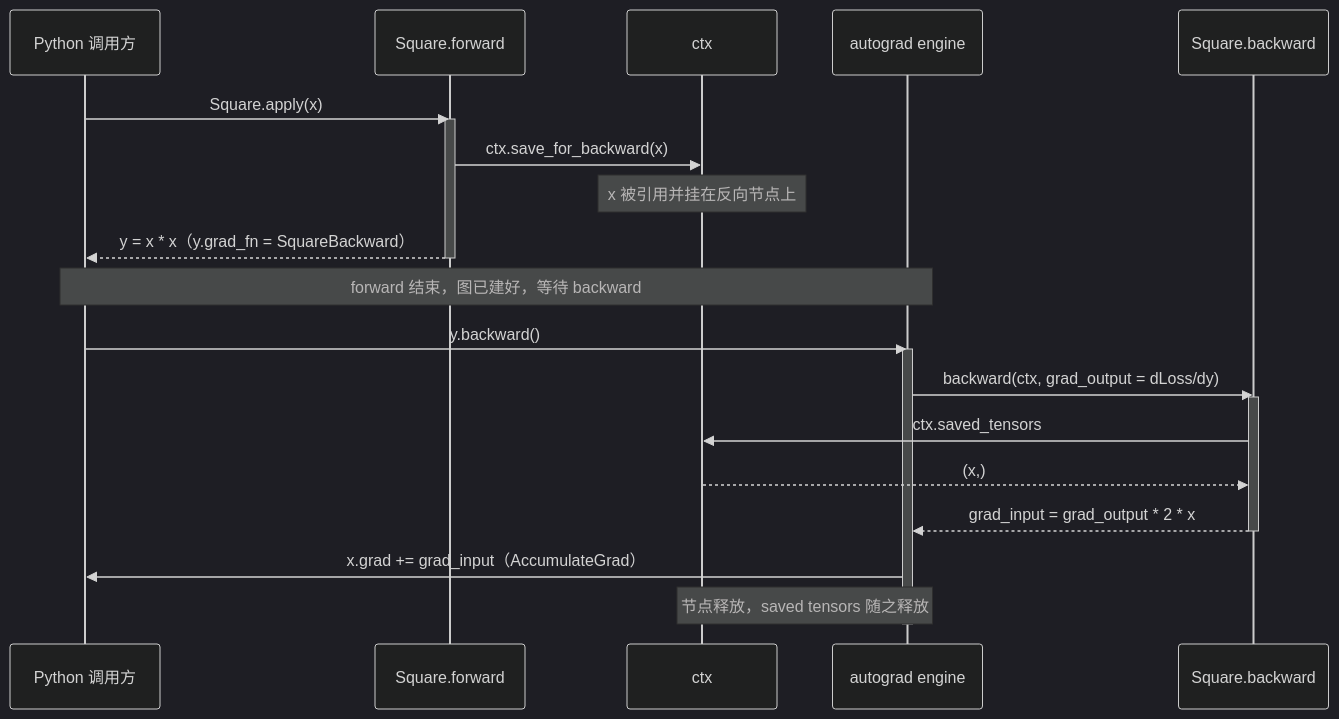
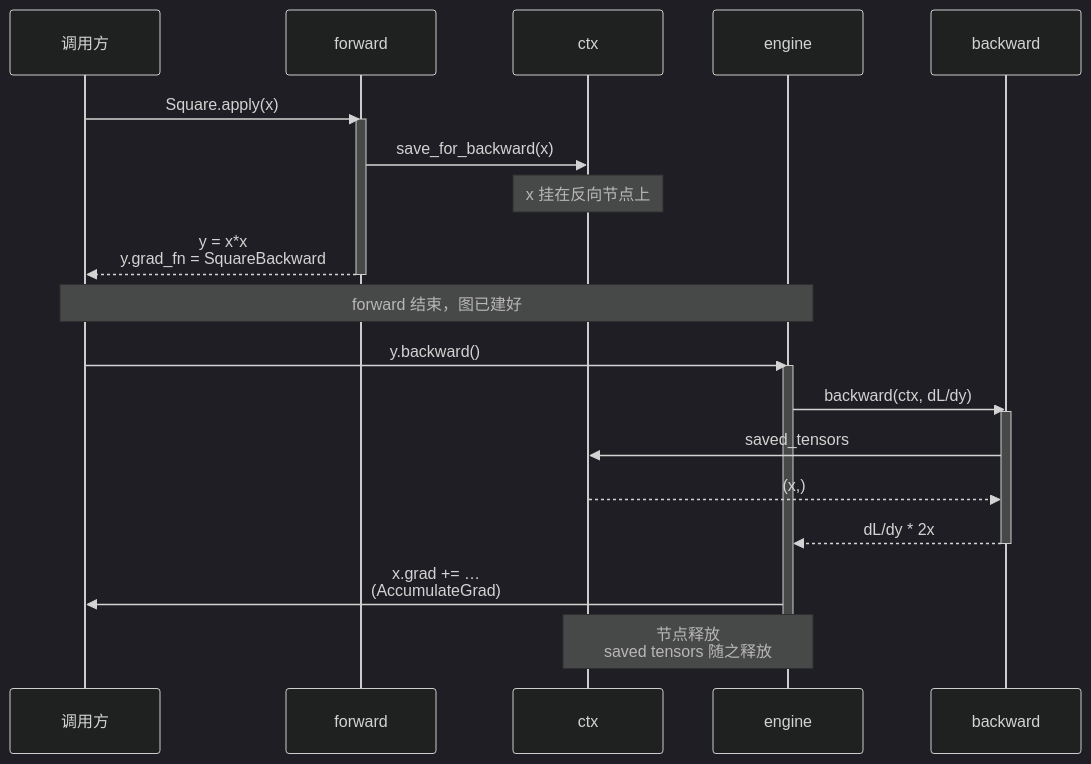
The third of 4 diagrams in _posts/2026-02-19-pytorch-autograd-and-dynamic-computation-graph.md (arganzheng/arganzheng.github.com), drawn with Mermaid (dark theme) before and after one commit. The commit also changed other lines of this file and 10 other files, not shown here.

````diff
--- a/_posts/2026-02-19-pytorch-autograd-and-dynamic-computation-graph.md
+++ b/_posts/2026-02-19-pytorch-autograd-and-dynamic-computation-graph.md
@@ -926,29 +938,29 @@
 ```mermaid
 sequenceDiagram
-    participant Caller as Python 调用方
-    participant Fwd as Square.forward
-    participant Ctx as ctx
-    participant Engine as autograd engine
-    participant Bwd as Square.backward
+    participant C as 调用方
+    participant F as forward
+    participant X as ctx
+    participant E as engine
+    participant B as backward
 
-    Caller->>Fwd: Square.apply(x)
-    activate Fwd
-    Fwd->>Ctx: ctx.save_for_backward(x)
-    Note over Ctx: x 被引用并挂在反向节点上
-    Fwd-->>Caller: y = x * x（y.grad_fn = SquareBackward）
-    deactivate Fwd
+    C->>F: Square.apply(x)
+    activate F
+    F->>X: save_for_backward(x)
+    Note over X: x 挂在反向节点上
+    F-->>C: y = x*x<br/>y.grad_fn = SquareBackward
+    deactivate F
 
-    Note over Caller,Engine: forward 结束，图已建好，等待 backward
+    Note over C,E: forward 结束，图已建好
 
-    Caller->>Engine: y.backward()
-    activate Engine
-    Engine->>Bwd: backward(ctx, grad_output = dLoss/dy)
-    activate Bwd
-    Bwd->>Ctx: ctx.saved_tensors
-    Ctx-->>Bwd: (x,)
-    Bwd-->>Engine: grad_input = grad_output * 2 * x
-    deactivate Bwd
-    Engine->>Caller: x.grad += grad_input（AccumulateGrad）
-    Note over Ctx,Engine: 节点释放，saved tensors 随之释放
-    deactivate Engine
+    C->>E: y.backward()
+    activate E
+    E->>B: backward(ctx, dL/dy)
+    activate B
+    B->>X: saved_tensors
+    X-->>B: (x,)
+    B-->>E: dL/dy * 2x
+    deactivate B
+    E->>C: x.grad += …<br/>(AccumulateGrad)
+    Note over X,E: 节点释放<br/>saved tensors 随之释放
+    deactivate E
 ```
````
